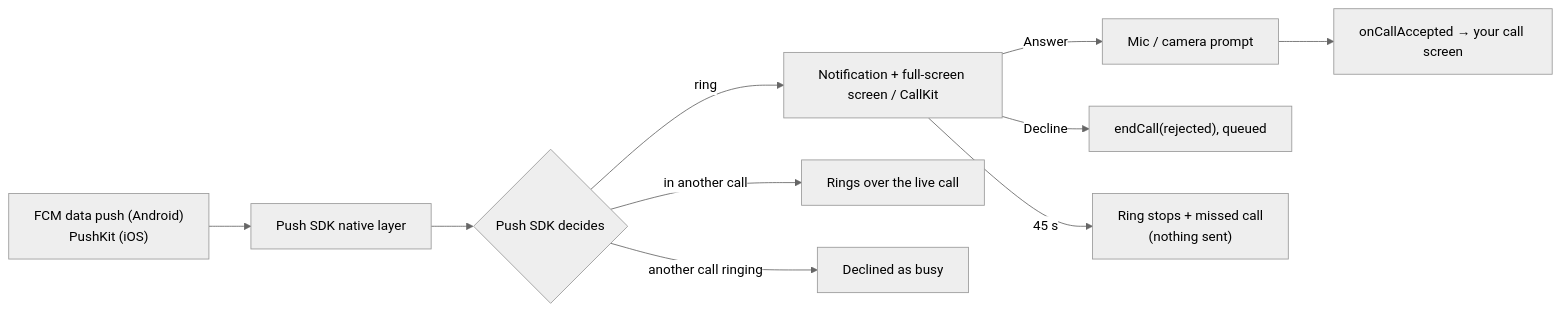
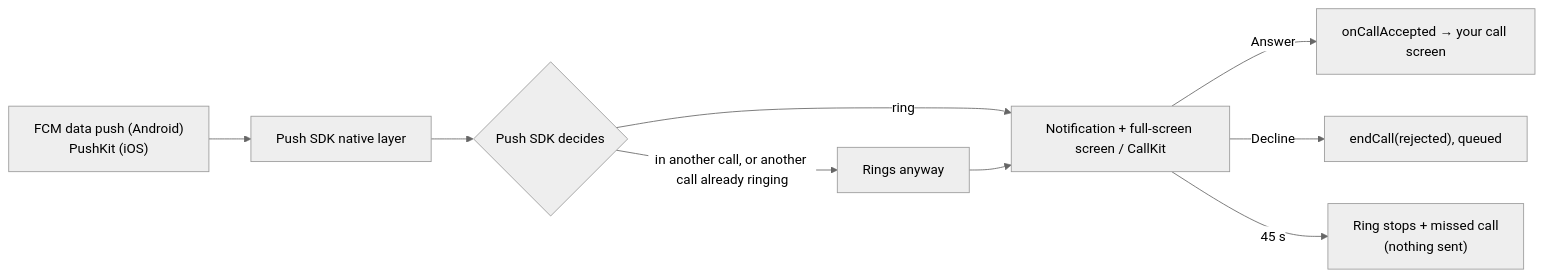
One commit to cometchat/docs changed the diagram in calls/react-native/voip-calling.mdx. Above: the diagram before and after it, drawn with Mermaid (neutral theme). The commit also changed other lines of this file and 1 other file, not shown here.

````diff
--- a/calls/react-native/voip-calling.mdx
+++ b/calls/react-native/voip-calling.mdx
@@ -12,12 +12,11 @@
 ```mermaid
 flowchart LR
     FCM["FCM data push (Android)<br/>PushKit (iOS)"] --> H["Push SDK native layer"]
     H --> D{Push SDK decides}
     D -->|ring| R["Notification + full-screen screen / CallKit"]
-    D -->|in another call| W[Rings over the live call]
-    D -->|another call ringing| B[Declined as busy]
-    R -->|Answer| P[Mic / camera prompt]
-    P --> A["onCallAccepted → your call screen"]
+    D -->|in another call, or another call already ringing| W[Rings anyway]
+    W --> R
+    R -->|Answer| A["onCallAccepted → your call screen"]
     R -->|Decline| Q["endCall(rejected), queued"]
     R -->|45 s| T["Ring stops + missed call<br/>(nothing sent)"]
 ```
````
